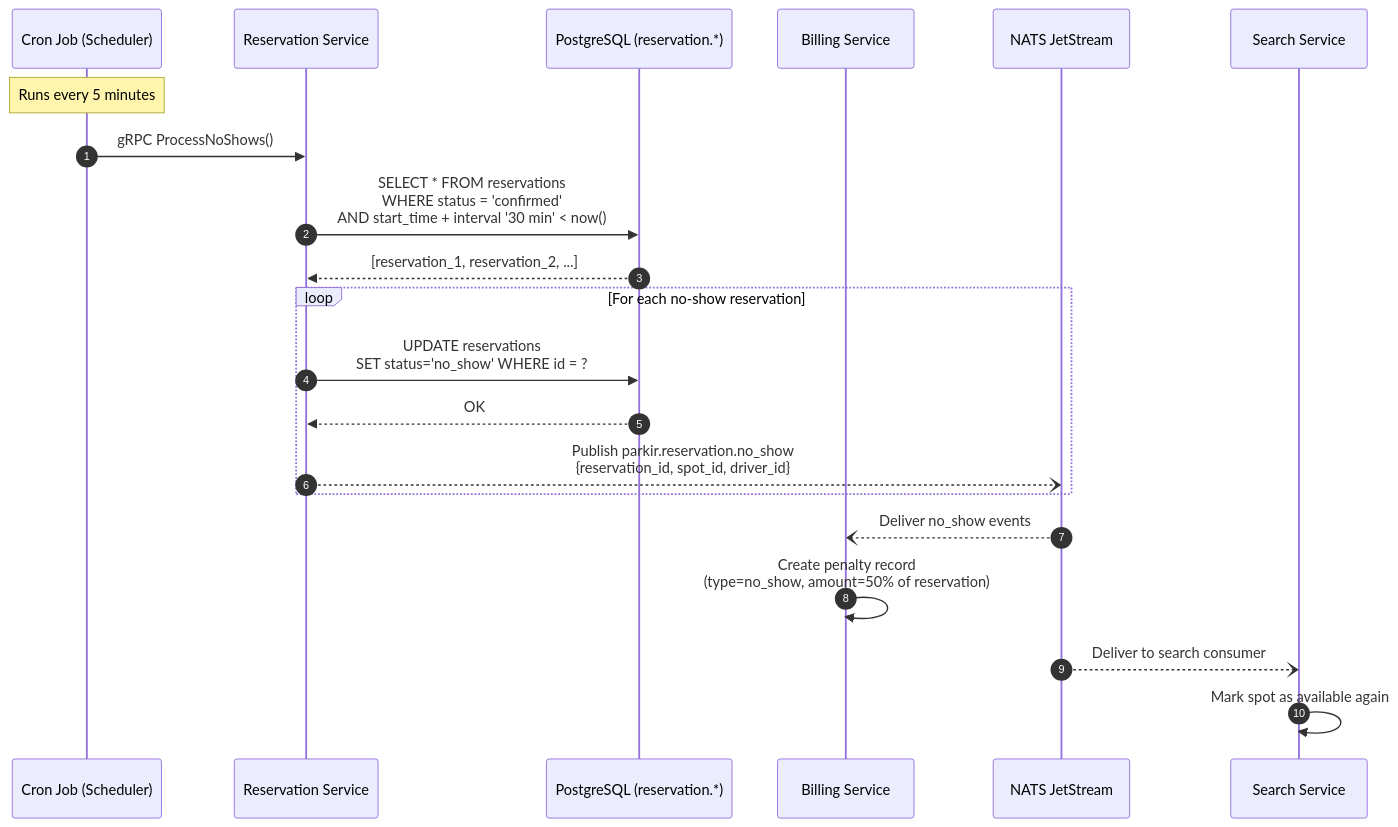
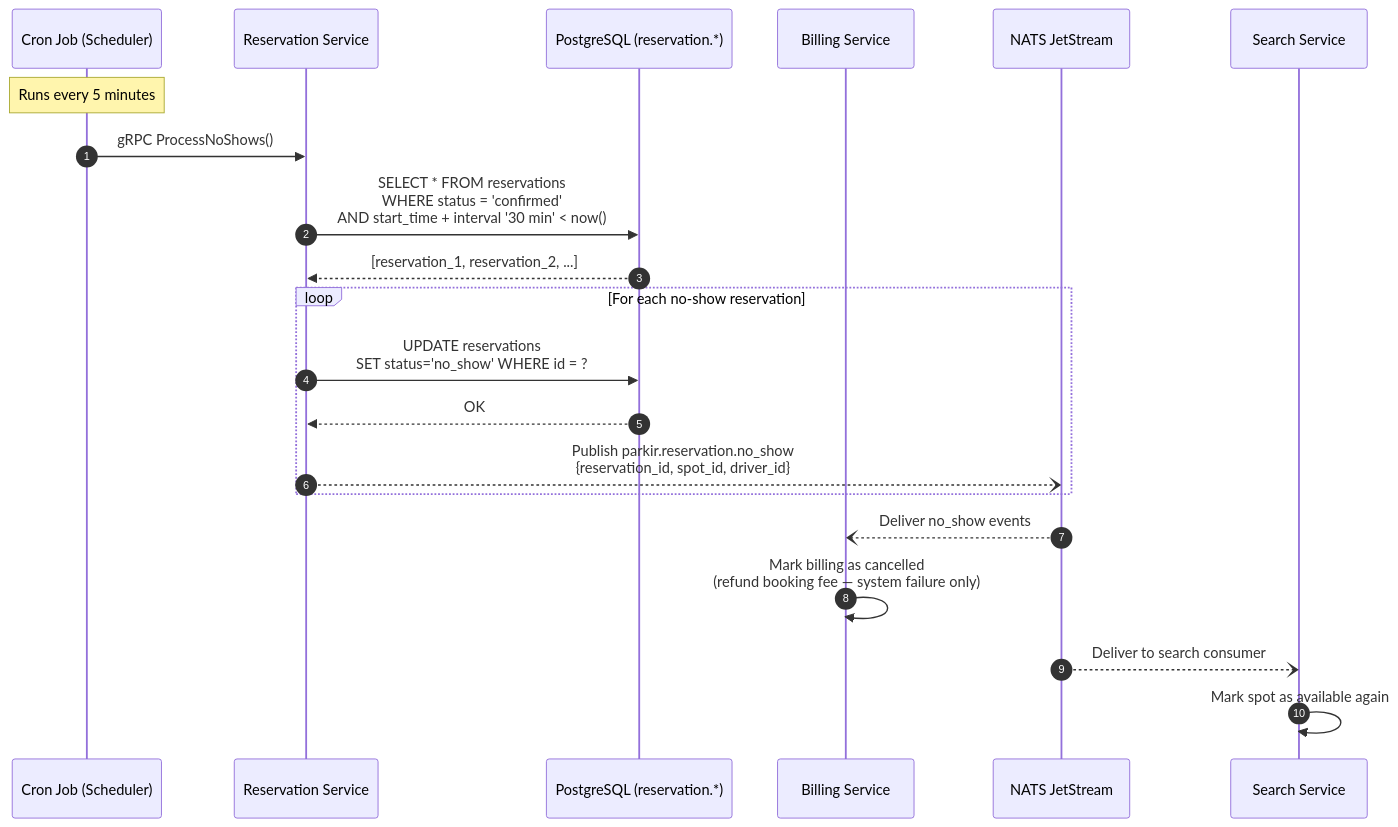
One commit to piresc/parkir-pintar changed the fourth of 10 diagrams in docs/design/sequence-diagrams.md. Above: the diagram before and after it, drawn with Mermaid. The commit also changed other lines of this file, not shown here.

Commit message:
docs: fix sequence diagrams (remove penalties, Midtrans refs)

````diff
--- a/docs/design/sequence-diagrams.md
+++ b/docs/design/sequence-diagrams.md
@@ -164,29 +164,29 @@
 ```mermaid
 sequenceDiagram
     autonumber
     participant CJ as Cron Job (Scheduler)
     participant RS as Reservation Service
     participant DB as PostgreSQL (reservation.*)
     participant BS as Billing Service
     participant NT as NATS JetStream
     participant SS as Search Service
 
     Note over CJ: Runs every 5 minutes
     CJ->>RS: gRPC ProcessNoShows()
 
     RS->>DB: SELECT * FROM reservations<br/>WHERE status = 'confirmed'<br/>AND start_time + interval '30 min' < now()
     DB-->>RS: [reservation_1, reservation_2, ...]
 
     loop For each no-show reservation
         RS->>DB: UPDATE reservations<br/>SET status='no_show' WHERE id = ?
         DB-->>RS: OK
 
         RS--)NT: Publish parkir.reservation.no_show<br/>{reservation_id, spot_id, driver_id}
     end
 
     NT--)BS: Deliver no_show events
-    BS->>BS: Create penalty record<br/>(type=no_show, amount=50% of reservation)
+    BS->>BS: Mark billing as cancelled<br/>(refund booking fee — system failure only)
 
     NT--)SS: Deliver to search consumer
     SS->>SS: Mark spot as available again
 ```
````
